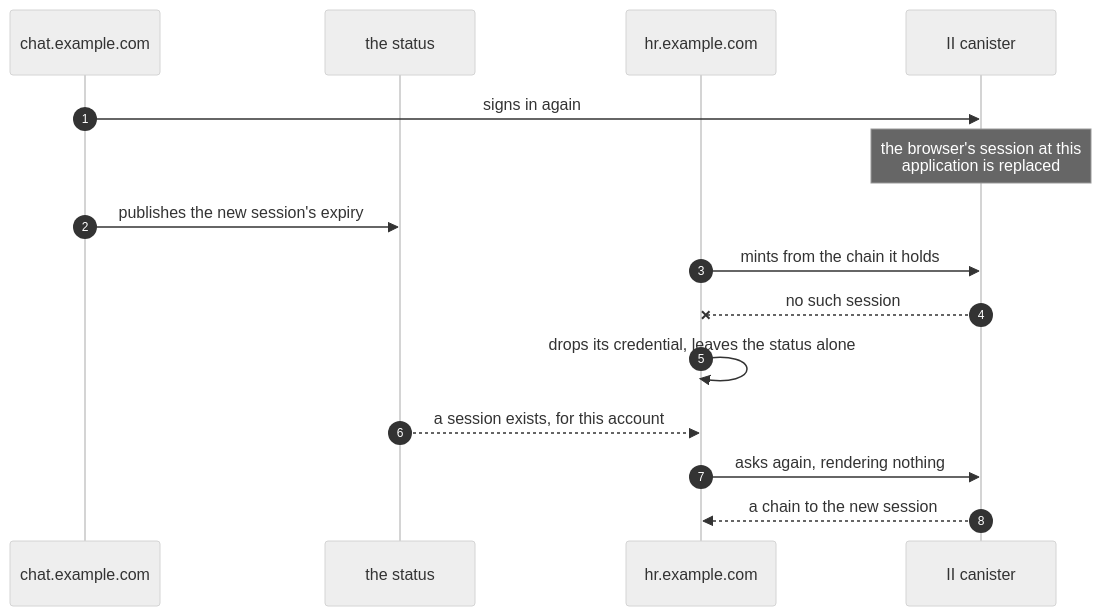
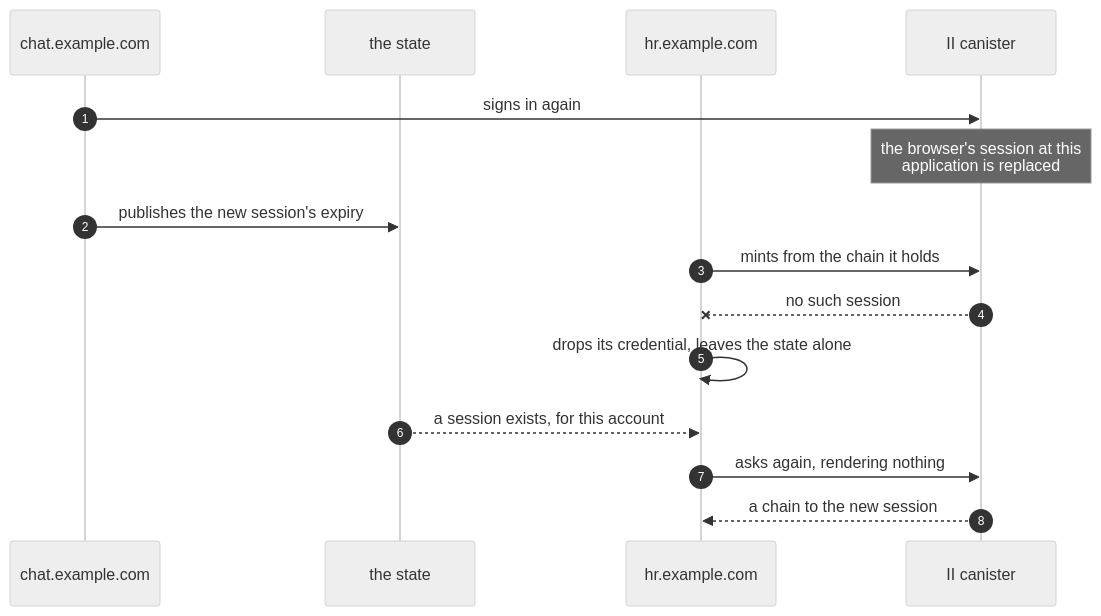
The fifth of 5 diagrams in docs/ongoing/client-app-sessions.md (dfinity/internet-identity), drawn with Mermaid (neutral theme) before and after one commit. The commit also changed other lines of this file and 1 other file, not shown here.

Commit message:
docs: name the record what it is — the state, not a status

````diff
--- a/docs/ongoing/client-app-sessions.md
+++ b/docs/ongoing/client-app-sessions.md
@@ -304,18 +304,18 @@
 ```mermaid
 sequenceDiagram
     autonumber
     participant chat as chat.example.com
-    participant st as the status
+    participant st as the state
     participant hr as hr.example.com
     participant IIC as II canister
 
     chat->>IIC: signs in again
     Note over IIC: the browser's session at this<br/>application is replaced
     chat->>st: publishes the new session's expiry
     hr->>IIC: mints from the chain it holds
     IIC--xhr: no such session
-    hr->>hr: drops its credential, leaves the status alone
+    hr->>hr: drops its credential, leaves the state alone
     st-->>hr: a session exists, for this account
     hr->>IIC: asks again, rendering nothing
     IIC-->>hr: a chain to the new session
 ```
````
